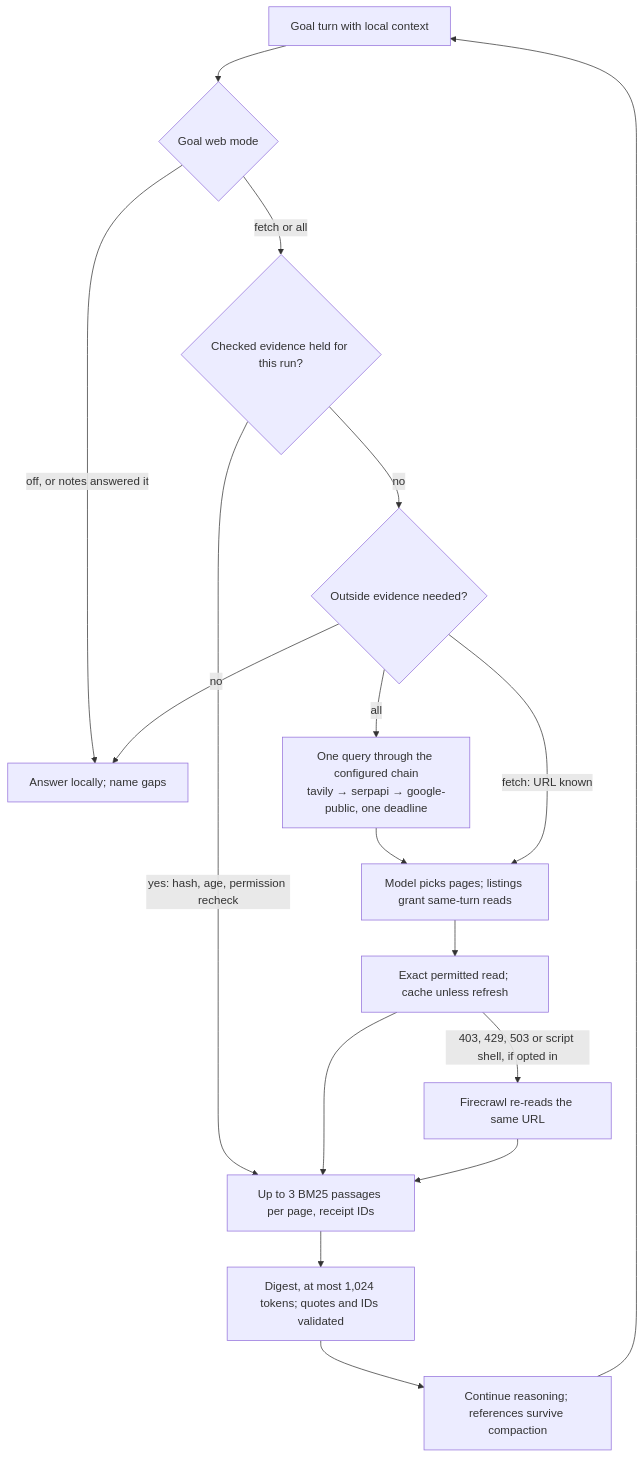
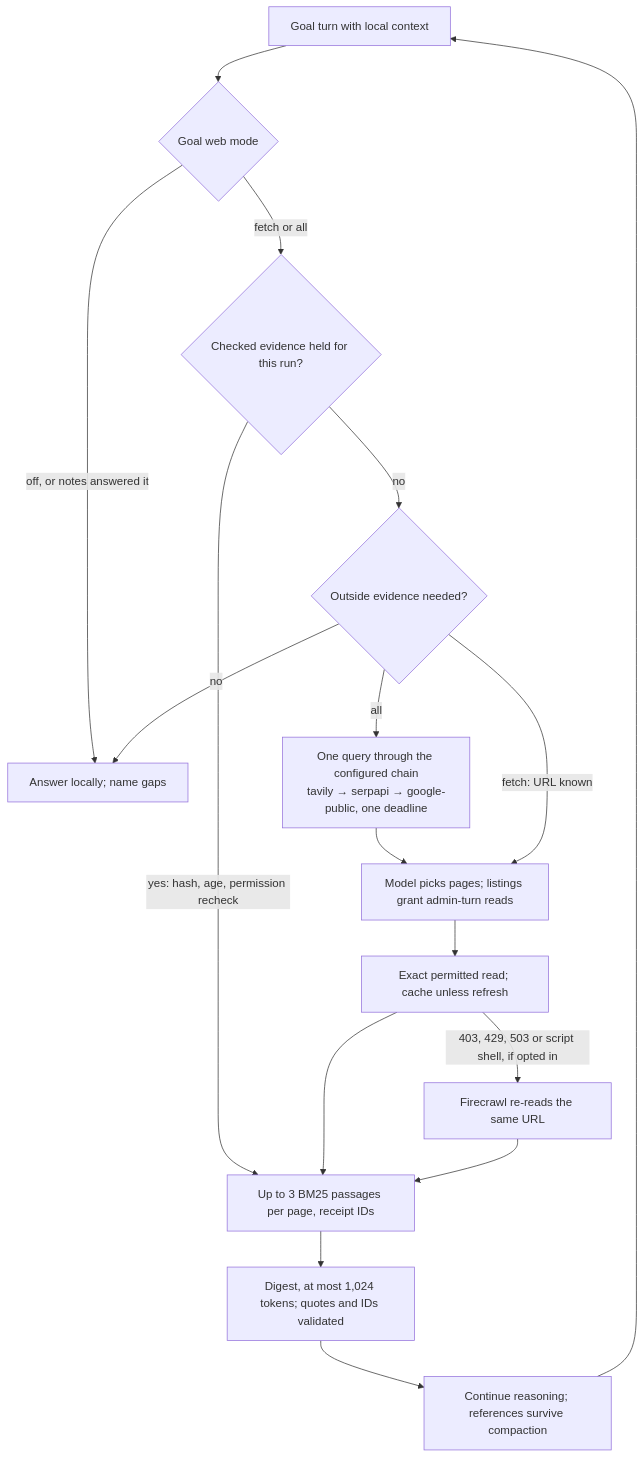
One commit to cgfixit/CG-agent-harness changed the diagram in README.md. Above: the diagram before and after it, drawn with Mermaid. The commit also changed 15 other files, not shown here.

````diff
--- a/README.md
+++ b/README.md
@@ -32,19 +32,19 @@
 ```mermaid
 flowchart TD
     A[Goal turn with local context] --> B{Goal web mode}
     B -->|off, or notes answered it| C[Answer locally; name gaps]
     B -->|fetch or all| D{Checked evidence held for this run?}
     D -->|yes: hash, age, permission recheck| H
     D -->|no| E{Outside evidence needed?}
     E -->|no| C
     E -->|all| F[One query through the configured chain<br/>tavily → serpapi → google-public, one deadline]
-    F --> G[Model picks pages; listings grant same-turn reads]
+    F --> G[Model picks pages; listings grant admin-turn reads]
     E -->|fetch: URL known| G
     G --> I[Exact permitted read; cache unless refresh]
     I -->|403, 429, 503 or script shell, if opted in| J[Firecrawl re-reads the same URL]
     I --> H[Up to 3 BM25 passages per page, receipt IDs]
     J --> H
     H --> K[Digest, at most 1,024 tokens; quotes and IDs validated]
     K --> L[Continue reasoning; references survive compaction]
     L --> A
 ```
````
